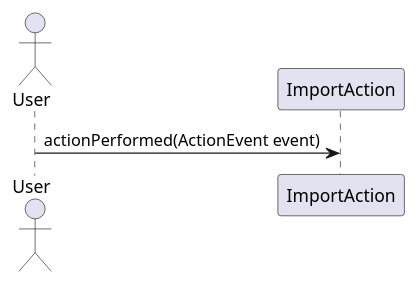
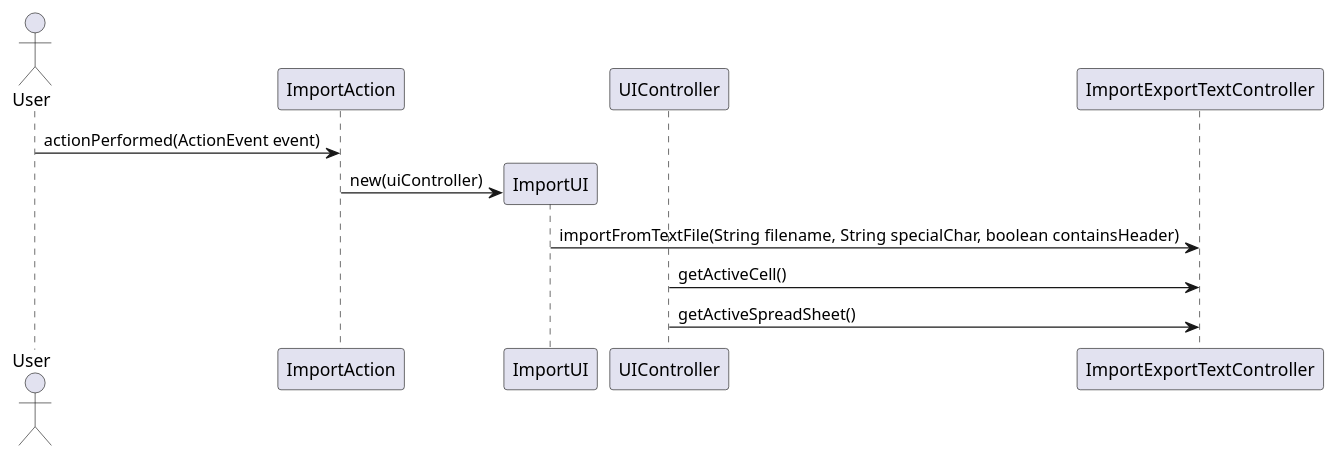
Before and after one commit to PeFerreira98/ISEP.Lic.LAPR4_2017: the diagram in src/main/java/lapr4/green/s1/ipc/n1130626/importexporttext/ipc04.1_design_part5_import.puml, drawn with PlantUML. The commit also changed 3 other files, not shown here.

```diff
--- a/src/main/java/lapr4/green/s1/ipc/n1130626/importexporttext/ipc04.1_design_part5_import.puml
+++ b/src/main/java/lapr4/green/s1/ipc/n1130626/importexporttext/ipc04.1_design_part5_import.puml
@@ -1,5 +1,13 @@
 @startuml ipc04.1_design_part5_import
 actor User
   participant ImportAction as EA
-  User -> EA : actionPerformed(ActionEvent event) 
+  participant ImportUI as UI
+  participant UIController as UIC
+  participant ImportExportTextController as IETC
+  User -> EA : actionPerformed(ActionEvent event)
+  create UI
+  EA -> UI : new(uiController)
+  UI -> IETC : importFromTextFile(String filename, String specialChar, boolean containsHeader)
+  UIC -> IETC : getActiveCell()
+  UIC -> IETC : getActiveSpreadSheet() 
 @enduml
```
